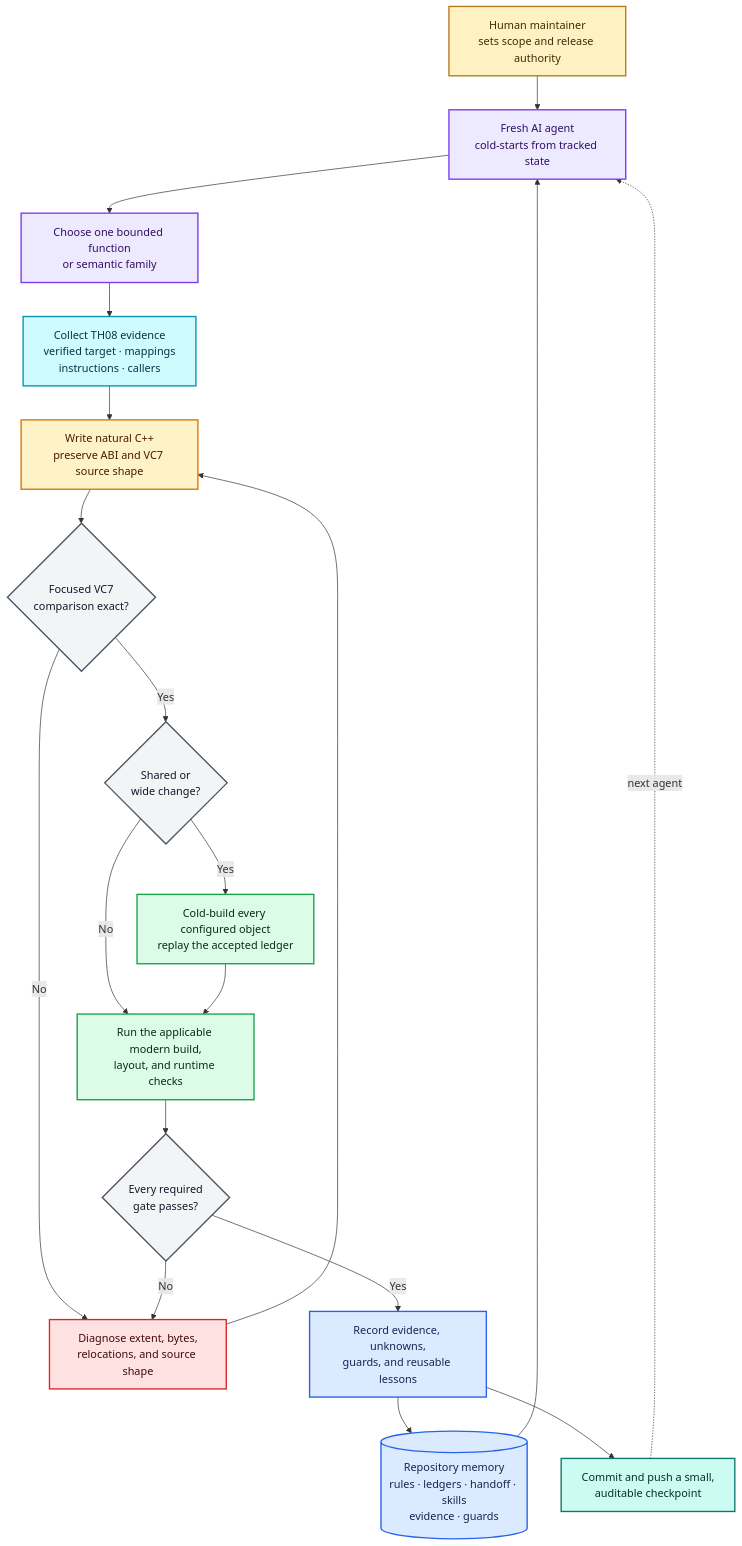
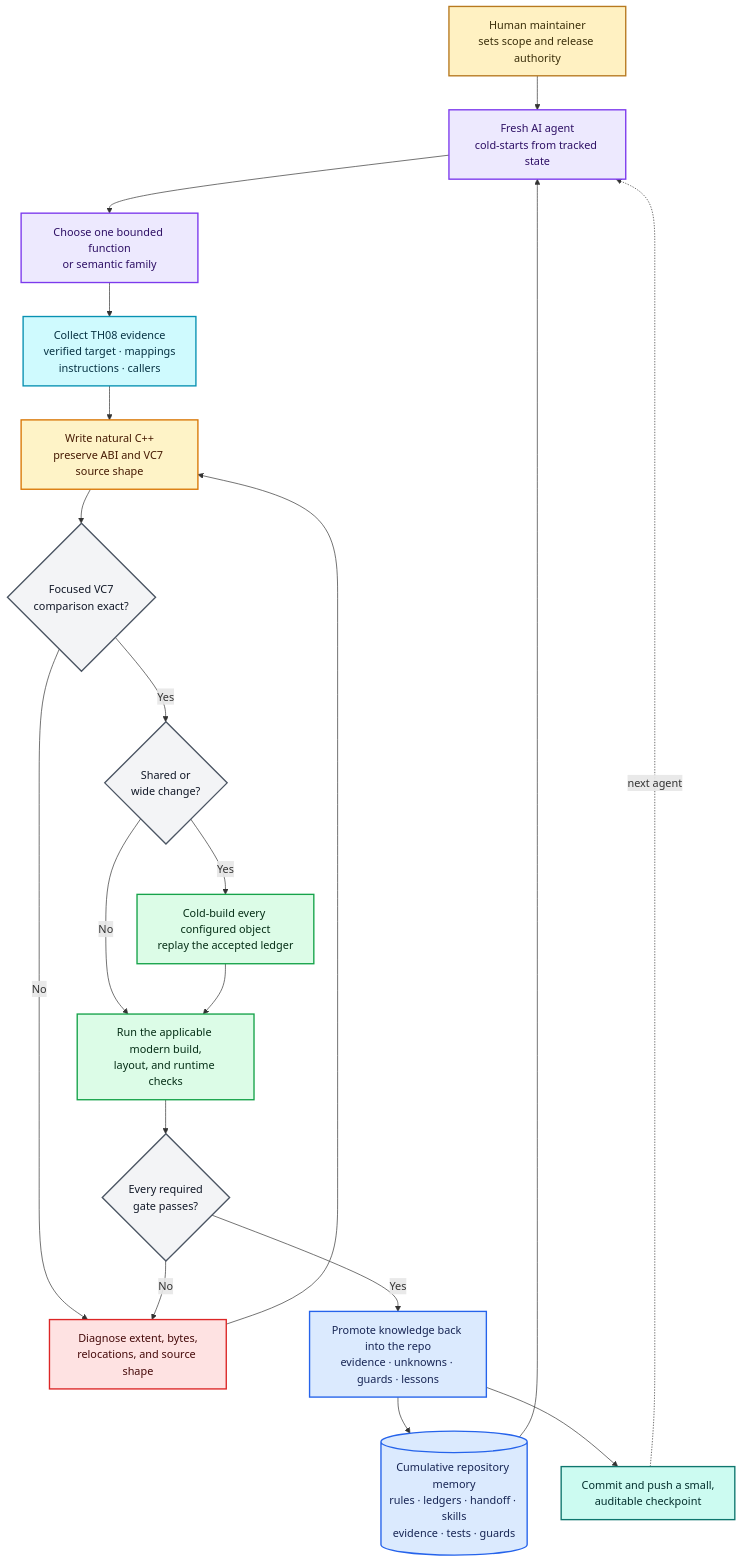
Before and after one commit to koishikois259/th08-multi: the diagram in README.md, drawn with Mermaid. The commit also changed other lines of this file, not shown here.

Commit message:
docs: make repository memory an explicit principle

````diff
--- a/README.md
+++ b/README.md
@@ -38,36 +46,36 @@
 ```mermaid
 flowchart TD
     H["Human maintainer<br/>sets scope and release authority"]:::human
-    K[("Repository memory<br/>rules · ledgers · handoff · skills<br/>evidence · guards")]:::memory
+    K[("Cumulative repository memory<br/>rules · ledgers · handoff · skills<br/>evidence · tests · guards")]:::memory
     A["Fresh AI agent<br/>cold-starts from tracked state"]:::agent
 
     H --> A
     K --> A
     A --> B["Choose one bounded function<br/>or semantic family"]:::agent
     B --> E["Collect TH08 evidence<br/>verified target · mappings<br/>instructions · callers"]:::evidence
     E --> I["Write natural C++<br/>preserve ABI and VC7 source shape"]:::work
     I --> F{"Focused VC7<br/>comparison exact?"}:::gate
 
     F -->|No| D["Diagnose extent, bytes,<br/>relocations, and source shape"]:::reject
     D --> I
     F -->|Yes| W{"Shared or<br/>wide change?"}:::gate
     W -->|Yes| C["Cold-build every configured object<br/>replay the accepted ledger"]:::oracle
     W -->|No| P["Run the applicable modern build,<br/>layout, and runtime checks"]:::oracle
     C --> P
     P --> G{"Every required<br/>gate passes?"}:::gate
     G -->|No| D
-    G -->|Yes| R["Record evidence, unknowns,<br/>guards, and reusable lessons"]:::memory
+    G -->|Yes| R["Promote knowledge back into the repo<br/>evidence · unknowns · guards · lessons"]:::memory
     R --> K
     R --> Q["Commit and push a small,<br/>auditable checkpoint"]:::done
     Q -.->|next agent| A
 
     classDef human fill:#fff1c2,stroke:#b7791f,color:#3b2f0b,stroke-width:2px;
     classDef agent fill:#ede9fe,stroke:#7c3aed,color:#2e1065,stroke-width:2px;
     classDef memory fill:#dbeafe,stroke:#2563eb,color:#172554,stroke-width:2px;
     classDef evidence fill:#cffafe,stroke:#0891b2,color:#083344,stroke-width:2px;
     classDef work fill:#fef3c7,stroke:#d97706,color:#451a03,stroke-width:2px;
     classDef oracle fill:#dcfce7,stroke:#16a34a,color:#052e16,stroke-width:2px;
     classDef gate fill:#f3f4f6,stroke:#4b5563,color:#111827,stroke-width:2px;
     classDef reject fill:#fee2e2,stroke:#dc2626,color:#450a0a,stroke-width:2px;
     classDef done fill:#ccfbf1,stroke:#0f766e,color:#042f2e,stroke-width:2px;
 ```
````
